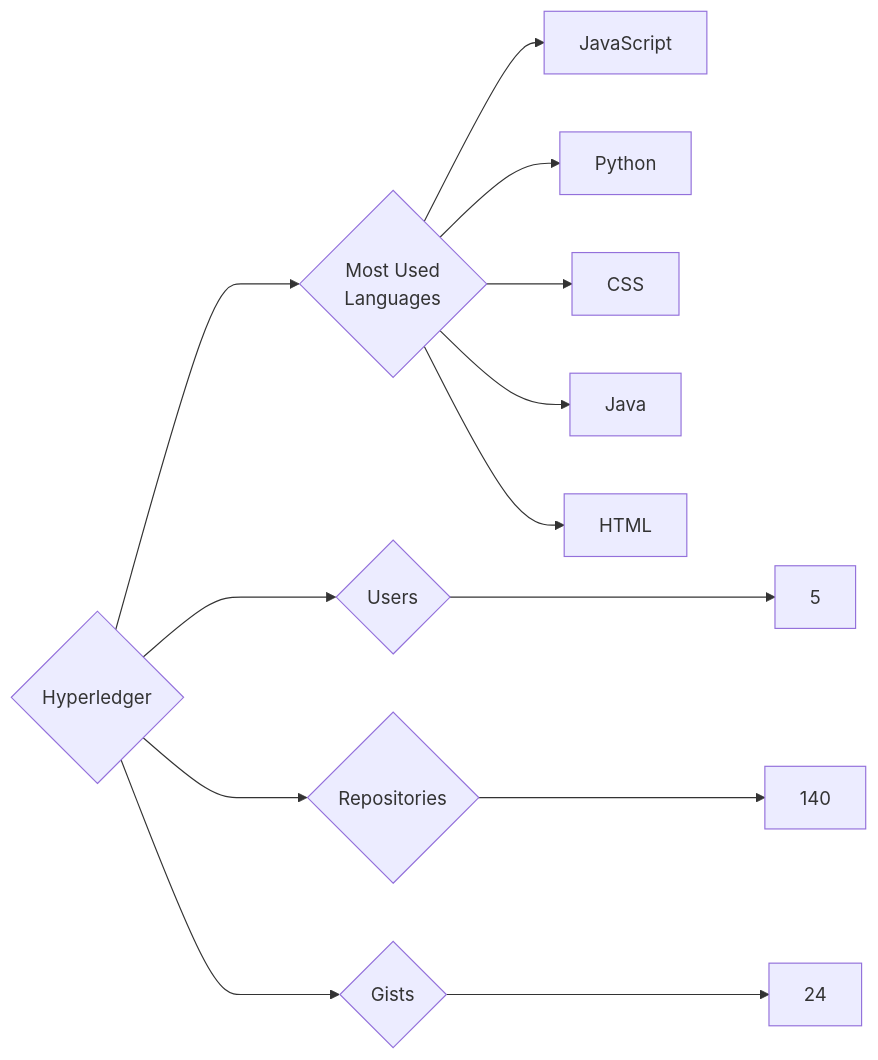
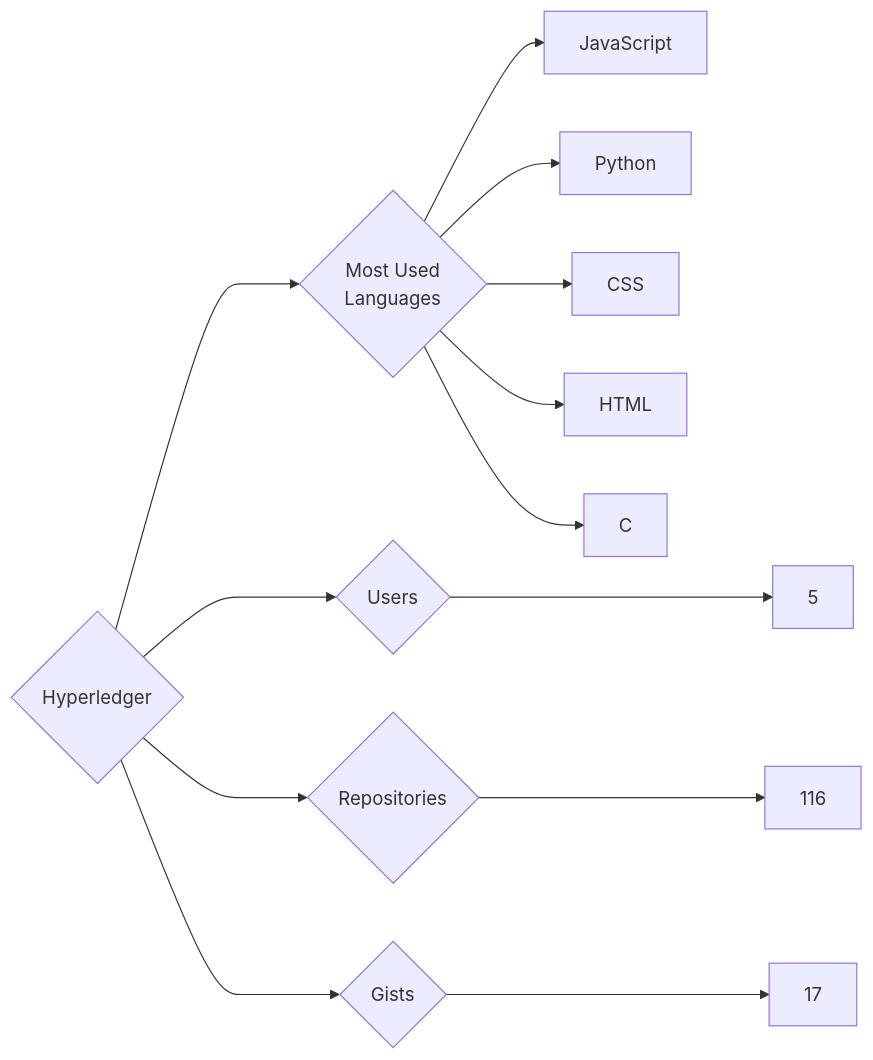
The diagram in targets/Hyperledger/README.md (trickest/insiders), drawn with Mermaid before and after one commit. The commit also changed 776 other files, not shown here.

````diff
--- a/targets/Hyperledger/README.md
+++ b/targets/Hyperledger/README.md
@@ -3,13 +3,13 @@
 ```mermaid
 graph LR
 COMPANY_NAME{Hyperledger}
 COMPANY_NAME ---> U{Users} ---> UN[5]
-COMPANY_NAME ---> R{Repositories} ---> RN[140]
-COMPANY_NAME ---> G{Gists} ---> GN[24]
+COMPANY_NAME ---> R{Repositories} ---> RN[116]
+COMPANY_NAME ---> G{Gists} ---> GN[17]
 COMPANY_NAME ---> ML{Most Used<br>Languages}
 ML --> JavaScript[JavaScript]
 ML --> Python[Python]
 ML --> CSS[CSS]
-ML --> Java[Java]
 ML --> HTML[HTML]
+ML --> C[C]
 ```
````
